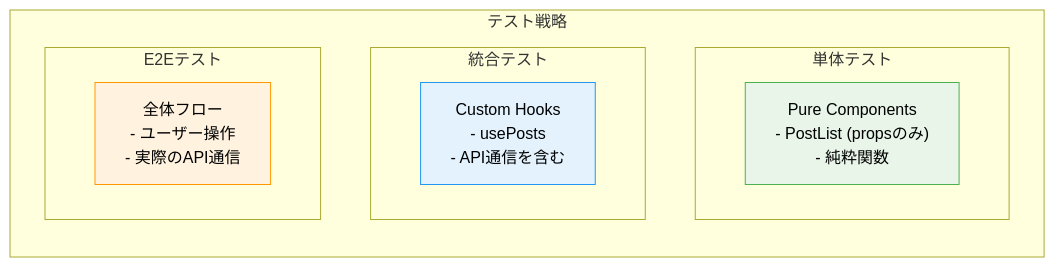
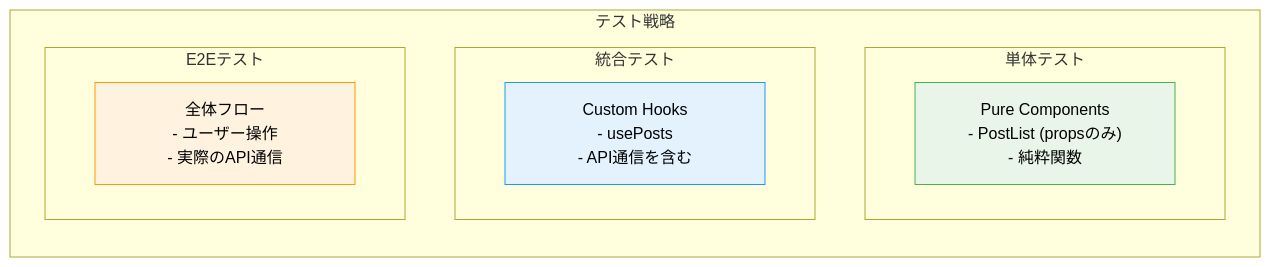
Before and after one commit to KITA-DS12/web-app-simple: diagram 16 of 29 in lecture-materials.md, drawn with Mermaid. The commit also changed other lines of this file, not shown here.

First line of the commit message:
fix: Mermaid図の改行表示を修正

````diff
--- a/lecture-materials.md
+++ b/lecture-materials.md
@@ -1081,24 +1081,24 @@
 ```mermaid
 graph LR
     subgraph "テスト戦略"
         subgraph "単体テスト"
-            UNIT["Pure Components\n- PostList (propsのみ)\n- 純粋関数"]
+            UNIT["Pure Components#10;- PostList (propsのみ)#10;- 純粋関数"]
         end
         
         subgraph "統合テスト"
-            INTEGRATION["Custom Hooks\n- usePosts\n- API通信を含む"]
+            INTEGRATION["Custom Hooks#10;- usePosts#10;- API通信を含む"]
         end
         
         subgraph "E2Eテスト"
-            E2E["全体フロー\n- ユーザー操作\n- 実際のAPI通信"]
+            E2E["全体フロー#10;- ユーザー操作#10;- 実際のAPI通信"]
         end
     end
     
     classDef unit fill:#E8F5E8,stroke:#4CAF50,color:#000
     classDef integration fill:#E3F2FD,stroke:#2196F3,color:#000
     classDef e2e fill:#FFF3E0,stroke:#FF9800,color:#000
     
     class UNIT unit
     class INTEGRATION integration
     class E2E e2e
 ```
````
